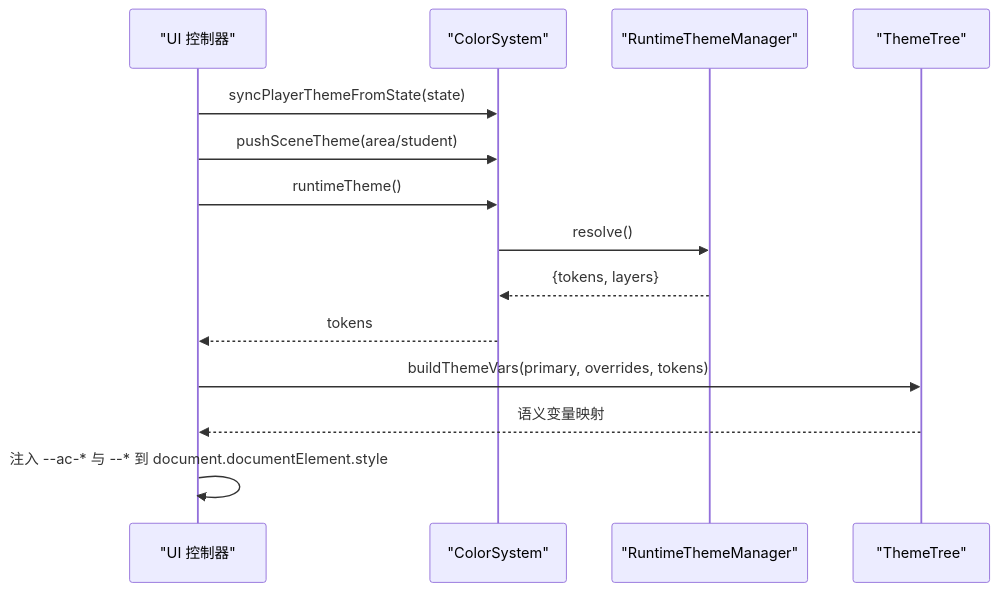
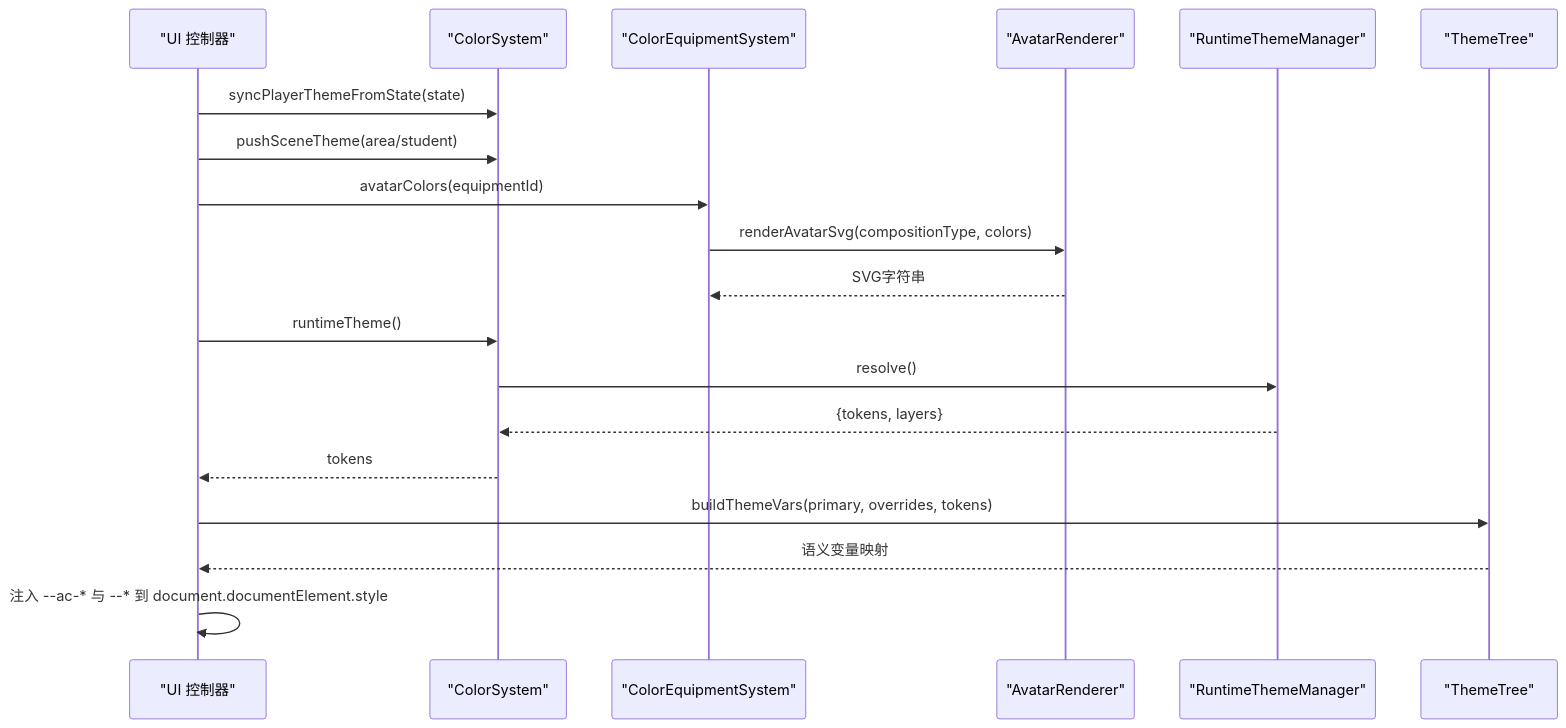
Before and after one commit to EsiLA9/Arona-Clicker: the second of 6 diagrams in .qoder/repowiki/zh/content/用户界面/主题系统/颜色方案系统.md, drawn with Mermaid. The commit also changed other lines of this file and 76 other files, not shown here.

````diff
--- a/.qoder/repowiki/zh/content/用户界面/主题系统/颜色方案系统.md
+++ b/.qoder/repowiki/zh/content/用户界面/主题系统/颜色方案系统.md
@@ -107,16 +134,21 @@
 ```mermaid
 sequenceDiagram
 participant UI as "UI 控制器"
 participant CS as "ColorSystem"
+participant CES as "ColorEquipmentSystem"
+participant AR as "AvatarRenderer"
 participant RTM as "RuntimeThemeManager"
 participant TT as "ThemeTree"
 UI->>CS : syncPlayerThemeFromState(state)
 UI->>CS : pushSceneTheme(area/student)
+UI->>CES : avatarColors(equipmentId)
+CES->>AR : renderAvatarSvg(compositionType, colors)
+AR-->>CES : SVG字符串
 UI->>CS : runtimeTheme()
 CS->>RTM : resolve()
 RTM-->>CS : {tokens, layers}
 CS-->>UI : tokens
 UI->>TT : buildThemeVars(primary, overrides, tokens)
 TT-->>UI : 语义变量映射
 UI->>UI : 注入 --ac-* 与 --* 到 document.documentElement.style
 ```
````
